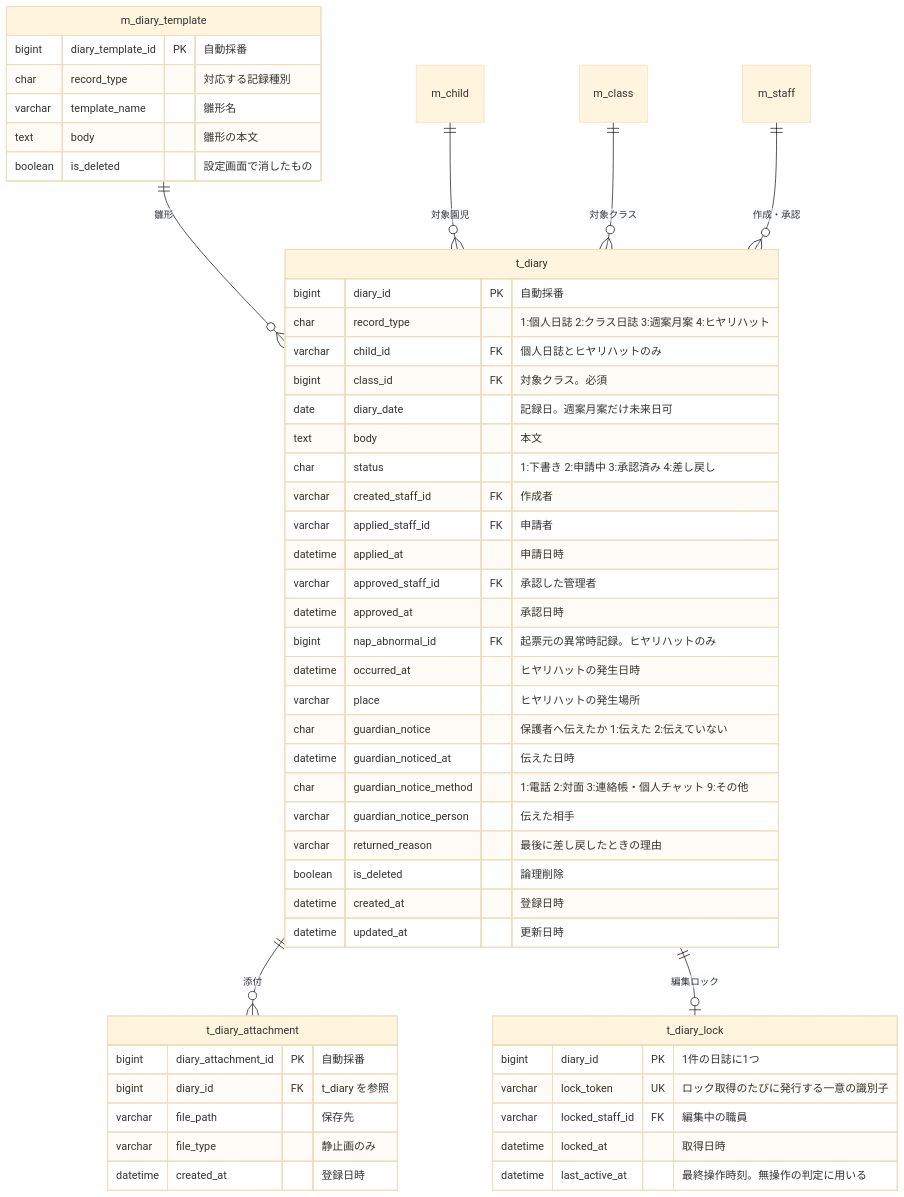
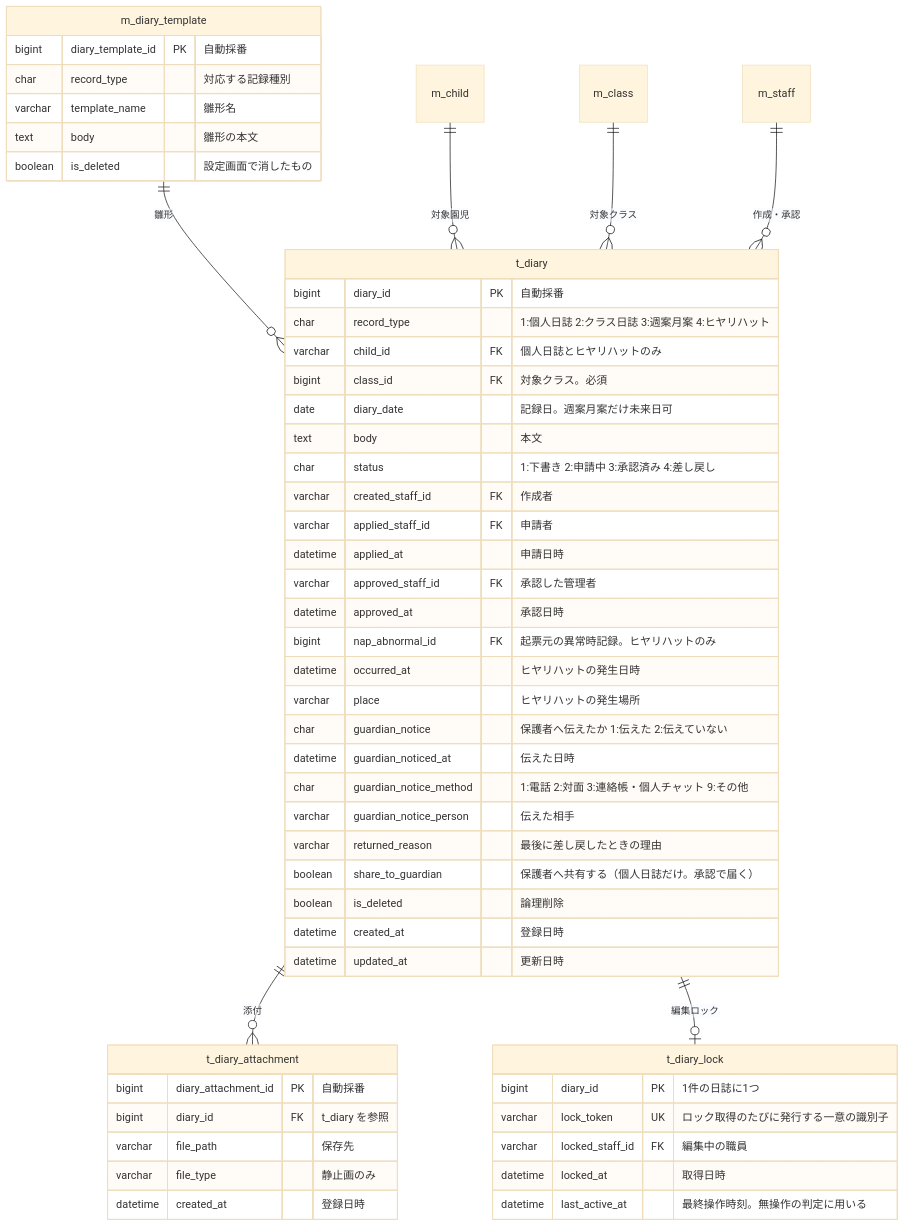
The fifth of 9 diagrams in 図/ER図.md (issei0423/sukusuku_system), drawn with Mermaid (base theme) before and after one commit. The commit also changed other lines of this file and 12 other files, not shown here.

Commit message:
個人日誌に限り、保育士が申請するときに「保護者へ共有する」を選び、管理者が承認したものを保護者が「園からの日誌画面」で読めるよう、設計書を改めた（2026-10-18 の決定を持ち主が改めた）。要件定義書 第3.7版・基本設計書 第3.6版（画面は43）・詳細設計書 第1.6版・画面詳細図 第2.6版・画面遷移図 第2.5版・画面ID対応表 第2.2版・ER図 第2.6版・インタフェース一覧 第2.6版・要決定事項 第2.16版、決定事項と進捗ログを足した

````diff
--- a/図/ER図.md
+++ b/図/ER図.md
@@ -392,56 +393,57 @@
 ```mermaid
 erDiagram
     t_diary ||--o{ t_diary_attachment : "添付"
     t_diary ||--o| t_diary_lock : "編集ロック"
     m_diary_template ||--o{ t_diary : "雛形"
     m_child ||--o{ t_diary : "対象園児"
     m_class ||--o{ t_diary : "対象クラス"
     m_staff ||--o{ t_diary : "作成・承認"
 
     t_diary {
         bigint diary_id PK "自動採番"
         char record_type "1:個人日誌 2:クラス日誌 3:週案月案 4:ヒヤリハット"
         varchar child_id FK "個人日誌とヒヤリハットのみ"
         bigint class_id FK "対象クラス。必須"
         date diary_date "記録日。週案月案だけ未来日可"
         text body "本文"
         char status "1:下書き 2:申請中 3:承認済み 4:差し戻し"
         varchar created_staff_id FK "作成者"
         varchar applied_staff_id FK "申請者"
         datetime applied_at "申請日時"
         varchar approved_staff_id FK "承認した管理者"
         datetime approved_at "承認日時"
         bigint nap_abnormal_id FK "起票元の異常時記録。ヒヤリハットのみ"
         datetime occurred_at "ヒヤリハットの発生日時"
         varchar place "ヒヤリハットの発生場所"
         char guardian_notice "保護者へ伝えたか 1:伝えた 2:伝えていない"
         datetime guardian_noticed_at "伝えた日時"
         char guardian_notice_method "1:電話 2:対面 3:連絡帳・個人チャット 9:その他"
         varchar guardian_notice_person "伝えた相手"
         varchar returned_reason "最後に差し戻したときの理由"
+        boolean share_to_guardian "保護者へ共有する（個人日誌だけ。承認で届く）"
         boolean is_deleted "論理削除"
         datetime created_at "登録日時"
         datetime updated_at "更新日時"
     }
     t_diary_attachment {
         bigint diary_attachment_id PK "自動採番"
         bigint diary_id FK "t_diary を参照"
         varchar file_path "保存先"
         varchar file_type "静止画のみ"
         datetime created_at "登録日時"
     }
     t_diary_lock {
         bigint diary_id PK "1件の日誌に1つ"
         varchar lock_token UK "ロック取得のたびに発行する一意の識別子"
         varchar locked_staff_id FK "編集中の職員"
         datetime locked_at "取得日時"
         datetime last_active_at "最終操作時刻。無操作の判定に用いる"
     }
     m_diary_template {
         bigint diary_template_id PK "自動採番"
         char record_type "対応する記録種別"
         varchar template_name "雛形名"
         text body "雛形の本文"
         boolean is_deleted "設定画面で消したもの"
     }
 ```
````
